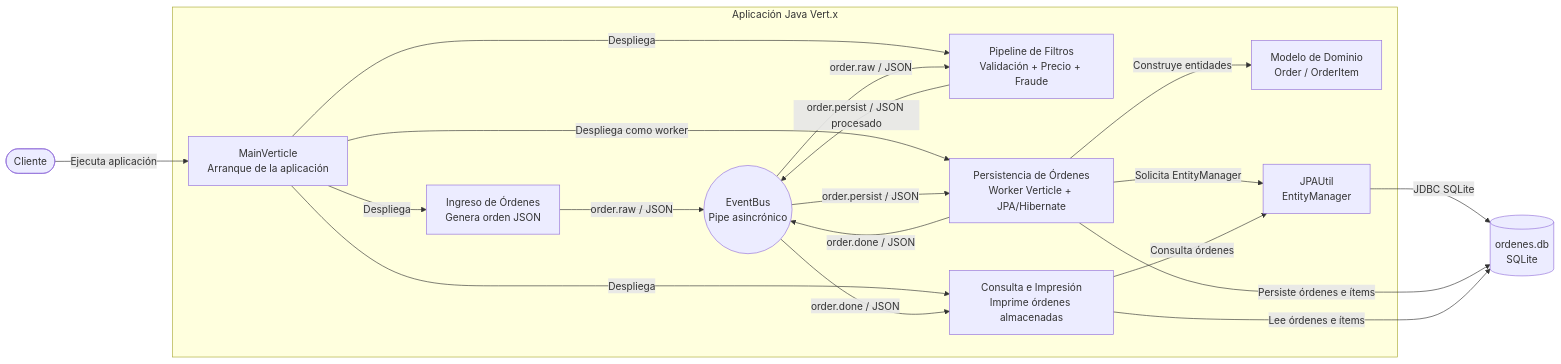
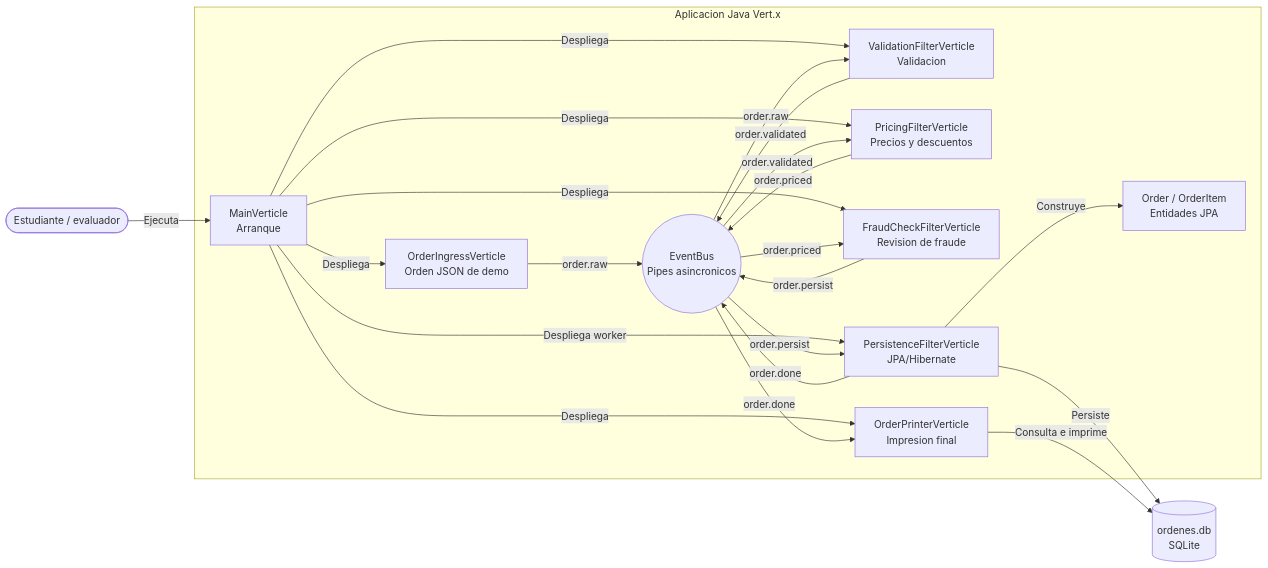
One commit to NicoCG32/Taller3PSP changed the diagram in docs/diagrams/Arch.md. Above: the diagram before and after it, drawn with Mermaid. The commit also changed 7 other files, not shown here.

````diff
--- a/docs/diagrams/Arch.md
+++ b/docs/diagrams/Arch.md
@@ -1,47 +5,46 @@
 ```mermaid
 flowchart LR
+    Usuario([Estudiante / evaluador])
 
-    Cliente([Cliente])
-
-    subgraph App["Aplicación Java Vert.x"]
-        Main["MainVerticle<br/>Arranque de la aplicación"]
-
-        Ingreso["Ingreso de Órdenes<br/>Genera orden JSON"]
-        Bus(("EventBus<br/>Pipe asincrónico"))
-
-        Filtros["Pipeline de Filtros<br/>Validación + Precio + Fraude"]
-
-        Persistencia["Persistencia de Órdenes<br/>Worker Verticle + JPA/Hibernate"]
-
-        Modelo["Modelo de Dominio<br/>Order / OrderItem"]
-        JPA["JPAUtil<br/>EntityManager"]
-
-        Printer["Consulta e Impresión<br/>Imprime órdenes almacenadas"]
+    subgraph App["Aplicacion Java Vert.x"]
+        Main["MainVerticle<br/>Arranque"]
+        Ingress["OrderIngressVerticle<br/>Orden JSON de demo"]
+        Bus(("EventBus<br/>Pipes asincronicos"))
+        Validation["ValidationFilterVerticle<br/>Validacion"]
+        Pricing["PricingFilterVerticle<br/>Precios y descuentos"]
+        Fraud["FraudCheckFilterVerticle<br/>Revision de fraude"]
+        Persistence["PersistenceFilterVerticle<br/>JPA/Hibernate"]
+        Printer["OrderPrinterVerticle<br/>Impresion final"]
+        Model["Order / OrderItem<br/>Entidades JPA"]
     end
 
     DB[("ordenes.db<br/>SQLite")]
 
-    Cliente -->|"Ejecuta aplicación"| Main
+    Usuario -->|"Ejecuta"| Main
 
-    Main -->|"Despliega"| Ingreso
-    Main -->|"Despliega"| Filtros
-    Main -->|"Despliega como worker"| Persistencia
+    Main -->|"Despliega"| Ingress
+    Main -->|"Despliega"| Validation
+    Main -->|"Despliega"| Pricing
+    Main -->|"Despliega"| Fraud
+    Main -->|"Despliega worker"| Persistence
     Main -->|"Despliega"| Printer
 
-    Ingreso -->|"order.raw / JSON"| Bus
-    Bus -->|"order.raw / JSON"| Filtros
+    Ingress -->|"order.raw"| Bus
+    Bus -->|"order.raw"| Validation
 
-    Filtros -->|"order.persist / JSON procesado"| Bus
-    Bus -->|"order.persist / JSON"| Persistencia
+    Validation -->|"order.validated"| Bus
+    Bus -->|"order.validated"| Pricing
 
-    Persistencia -->|"Construye entidades"| Modelo
-    Persistencia -->|"Solicita EntityManager"| JPA
-    JPA -->|"JDBC SQLite"| DB
-    Persistencia -->|"Persiste órdenes e ítems"| DB
+    Pricing -->|"order.priced"| Bus
+    Bus -->|"order.priced"| Fraud
 
-    Persistencia -->|"order.done / JSON"| Bus
-    Bus -->|"order.done / JSON"| Printer
+    Fraud -->|"order.persist"| Bus
+    Bus -->|"order.persist"| Persistence
 
-    Printer -->|"Consulta órdenes"| JPA
-    Printer -->|"Lee órdenes e ítems"| DB
+    Persistence -->|"Construye"| Model
+    Persistence -->|"Persiste"| DB
+    Persistence -->|"order.done"| Bus
+    Bus -->|"order.done"| Printer
+
+    Printer -->|"Consulta e imprime"| DB
 ```
````
